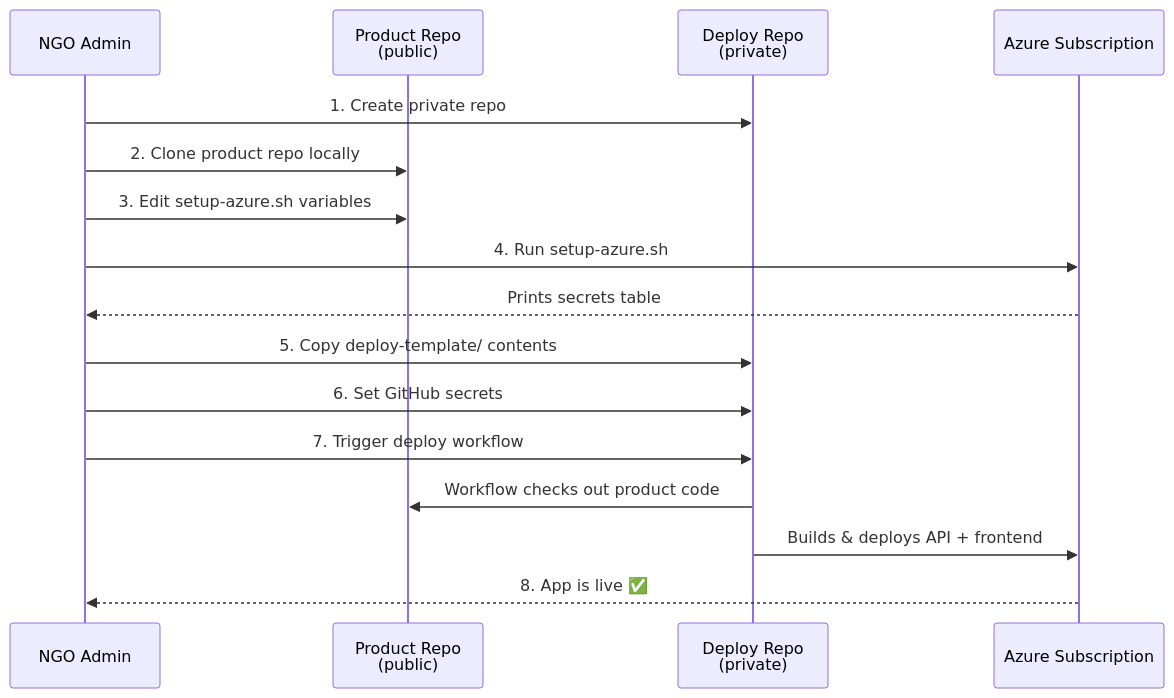
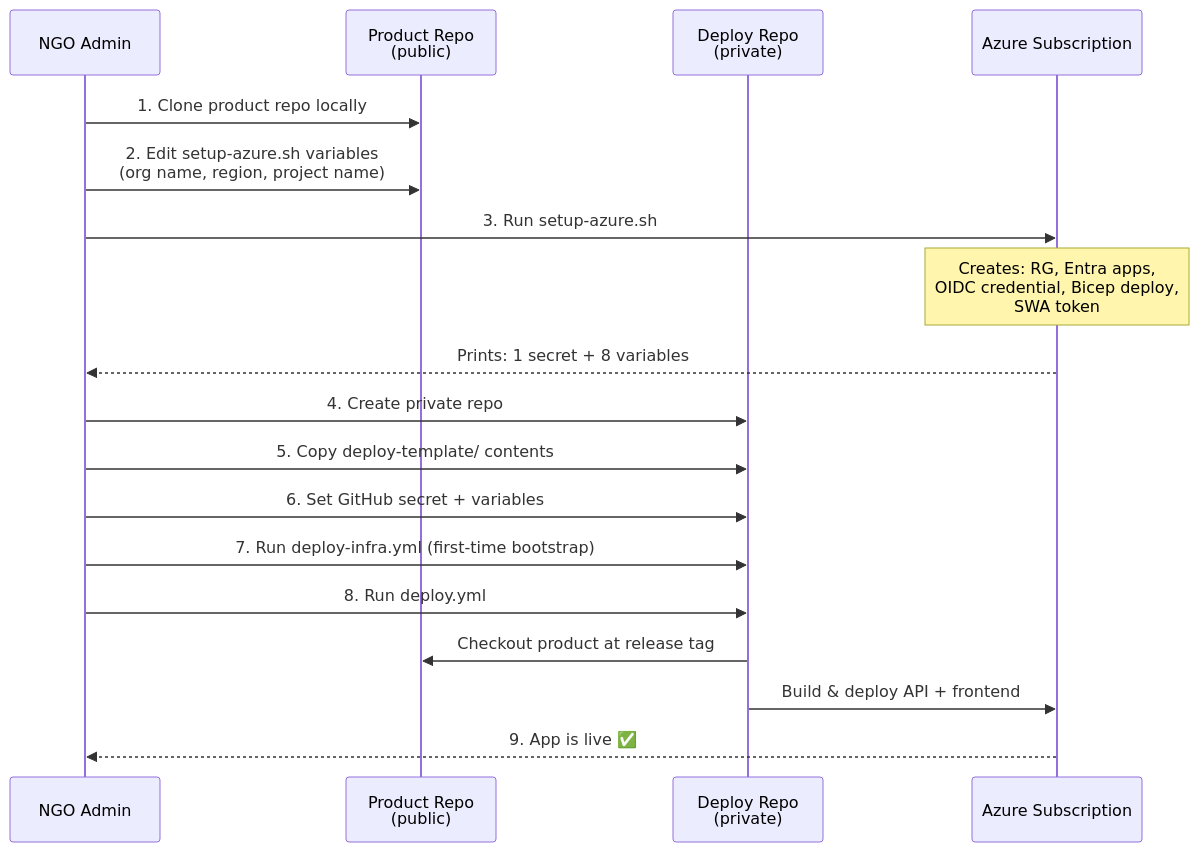
One commit to rett-europe/opentreasury changed the third of 3 diagrams in docs/specs/deploy-template-spec.md. Above: the diagram before and after it, drawn with Mermaid. The commit also changed other lines of this file and 3 other files, not shown here.

Commit message:
docs: deploy-template spec v2 + adopter review

````diff
--- a/docs/specs/deploy-template-spec.md
+++ b/docs/specs/deploy-template-spec.md
@@ -278,19 +469,21 @@
 ```mermaid
 sequenceDiagram
     participant Adopter as NGO Admin
     participant Product as Product Repo<br/>(public)
     participant Deploy as Deploy Repo<br/>(private)
     participant Azure as Azure Subscription
 
-    Adopter->>Deploy: 1. Create private repo
-    Adopter->>Product: 2. Clone product repo locally
-    Adopter->>Product: 3. Edit setup-azure.sh variables
-    Adopter->>Azure: 4. Run setup-azure.sh
-    Azure-->>Adopter: Prints secrets table
+    Adopter->>Product: 1. Clone product repo locally
+    Adopter->>Product: 2. Edit setup-azure.sh variables<br/>(org name, region, project name)
+    Adopter->>Azure: 3. Run setup-azure.sh
+    Note over Azure: Creates: RG, Entra apps,<br/>OIDC credential, Bicep deploy,<br/>SWA token
+    Azure-->>Adopter: Prints: 1 secret + 8 variables
+    Adopter->>Deploy: 4. Create private repo
     Adopter->>Deploy: 5. Copy deploy-template/ contents
-    Adopter->>Deploy: 6. Set GitHub secrets
-    Adopter->>Deploy: 7. Trigger deploy workflow
-    Deploy->>Product: Workflow checks out product code
-    Deploy->>Azure: Builds & deploys API + frontend
-    Azure-->>Adopter: 8. App is live ✅
+    Adopter->>Deploy: 6. Set GitHub secret + variables
+    Adopter->>Deploy: 7. Run deploy-infra.yml (first-time bootstrap)
+    Adopter->>Deploy: 8. Run deploy.yml
+    Deploy->>Product: Checkout product at release tag
+    Deploy->>Azure: Build & deploy API + frontend
+    Azure-->>Adopter: 9. App is live ✅
 ```
````
